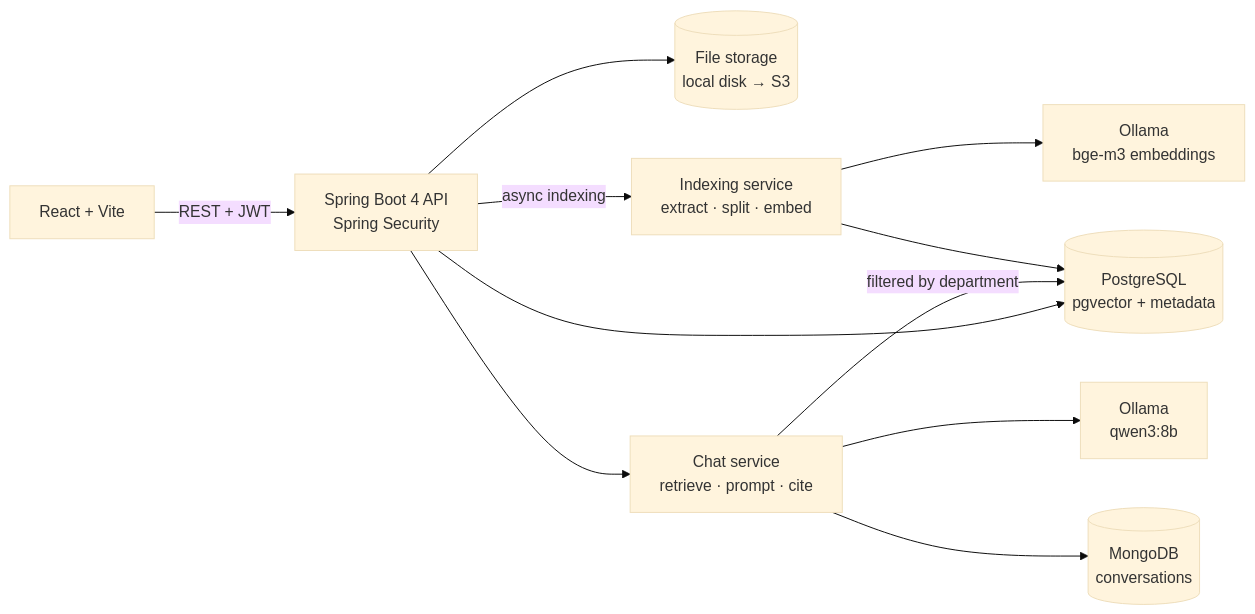
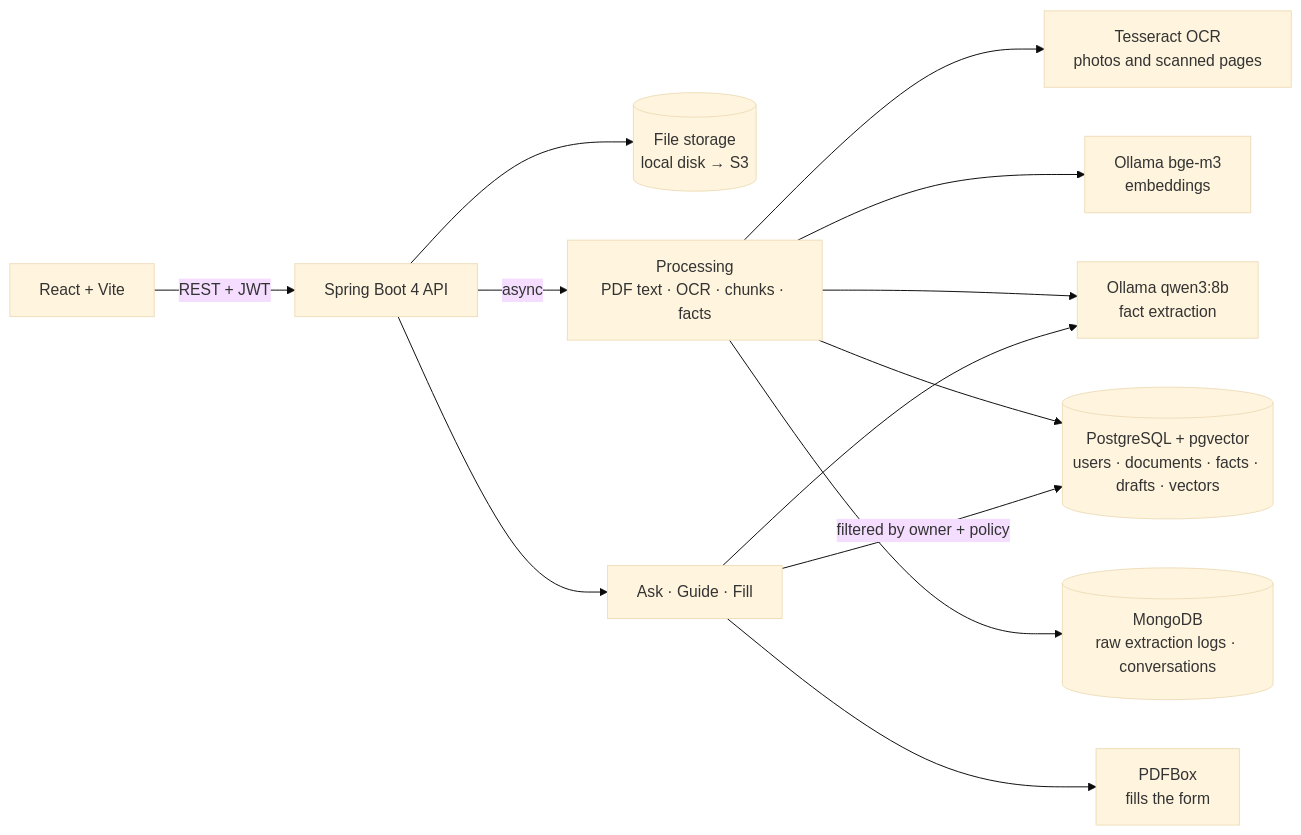
The diagram in README.md (kingmars2022/claimpilot), drawn with Mermaid (base theme) before and after one commit. The commit also changed other lines of this file and 16 other files, not shown here.

First line of the commit message:
ClaimPilot frontend, README and scanned-PDF OCR

````diff
--- a/README.md
+++ b/README.md
@@ -60,13 +83,15 @@
 ```mermaid
 flowchart LR
-    UI[React + Vite] -->|REST + JWT| API[Spring Boot 4 API<br/>Spring Security]
+    UI[React + Vite] -->|REST + JWT| API[Spring Boot 4 API]
     API --> FS[(File storage<br/>local disk → S3)]
-    API -->|async indexing| IDX[Indexing service<br/>extract · split · embed]
-    IDX --> EMB[Ollama<br/>bge-m3 embeddings]
-    IDX --> PG[(PostgreSQL<br/>pgvector + metadata)]
-    API --> RAG[Chat service<br/>retrieve · prompt · cite]
-    RAG -->|filtered by department| PG
-    RAG --> LLM[Ollama<br/>qwen3:8b]
-    RAG --> MONGO[(MongoDB<br/>conversations)]
-    API --> PG
+    API -->|async| PROC[Processing<br/>PDF text · OCR · chunks · facts]
+    PROC --> OCR[Tesseract OCR<br/>photos and scanned pages]
+    PROC --> EMB[Ollama bge-m3<br/>embeddings]
+    PROC --> LLM[Ollama qwen3:8b<br/>fact extraction]
+    PROC --> PG[(PostgreSQL + pgvector<br/>users · documents · facts · drafts · vectors)]
+    PROC --> MONGO[(MongoDB<br/>raw extraction logs · conversations)]
+    API --> ASK[Ask · Guide · Fill]
+    ASK -->|filtered by owner + policy| PG
+    ASK --> LLM
+    ASK --> PDF[PDFBox<br/>fills the form]
 ```
````
